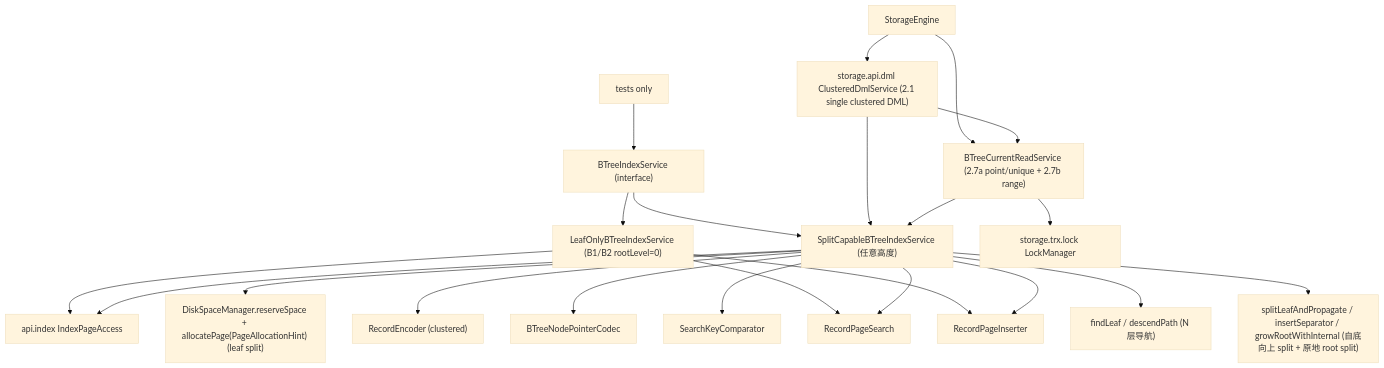
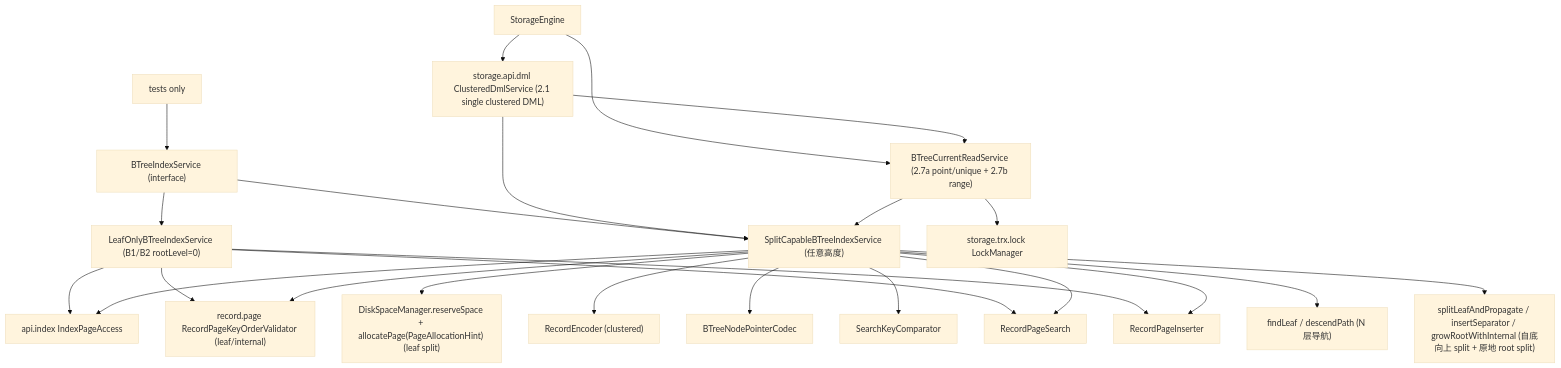
Before and after one commit to mywnlb/dbtest: the fourth of 9 diagrams in docs/design/current-implementation-map.md, drawn with Mermaid (base theme). The commit also changed other lines of this file and 66 other files, not shown here.

````diff
--- a/docs/design/current-implementation-map.md
+++ b/docs/design/current-implementation-map.md
@@ -200,25 +213,27 @@
 ```mermaid
 flowchart TD
   Facade["BTreeIndexService (interface)"]
   Facade --> Leaf["LeafOnlyBTreeIndexService (B1/B2 rootLevel=0)"]
   Facade --> Split["SplitCapableBTreeIndexService (任意高度)"]
   Leaf --> PageAccess["api.index IndexPageAccess"]
   Split --> PageAccess
+  Leaf --> KeyOrderValidator["record.page RecordPageKeyOrderValidator (leaf/internal)"]
+  Split --> KeyOrderValidator
   Split --> Disk["DiskSpaceManager.reserveSpace + allocatePage(PageAllocationHint) (leaf split)"]
   Split --> RecordEncoder["RecordEncoder (clustered)"]
   Split --> PtrCodec["BTreeNodePointerCodec"]
   Split --> KeyCmp["SearchKeyComparator"]
   Leaf --> RSearch["RecordPageSearch"]
   Split --> RSearch
   Leaf --> RInserter["RecordPageInserter"]
   Split --> RInserter
   Split --> Descend["findLeaf / descendPath (N 层导航)"]
   Split --> SplitEngine["splitLeafAndPropagate / insertSeparator / growRootWithInternal (自底向上 split + 原地 root split)"]
   Engine["StorageEngine"] --> CurrentRead["BTreeCurrentReadService (2.7a point/unique + 2.7b range)"]
   Engine --> DML["storage.api.dml ClusteredDmlService (2.1 single clustered DML)"]
   DML --> CurrentRead
   DML --> Split
   CurrentRead --> Split
   CurrentRead --> LockMgr["storage.trx.lock LockManager"]
   Tests["tests only"] --> Facade
 ```
````
